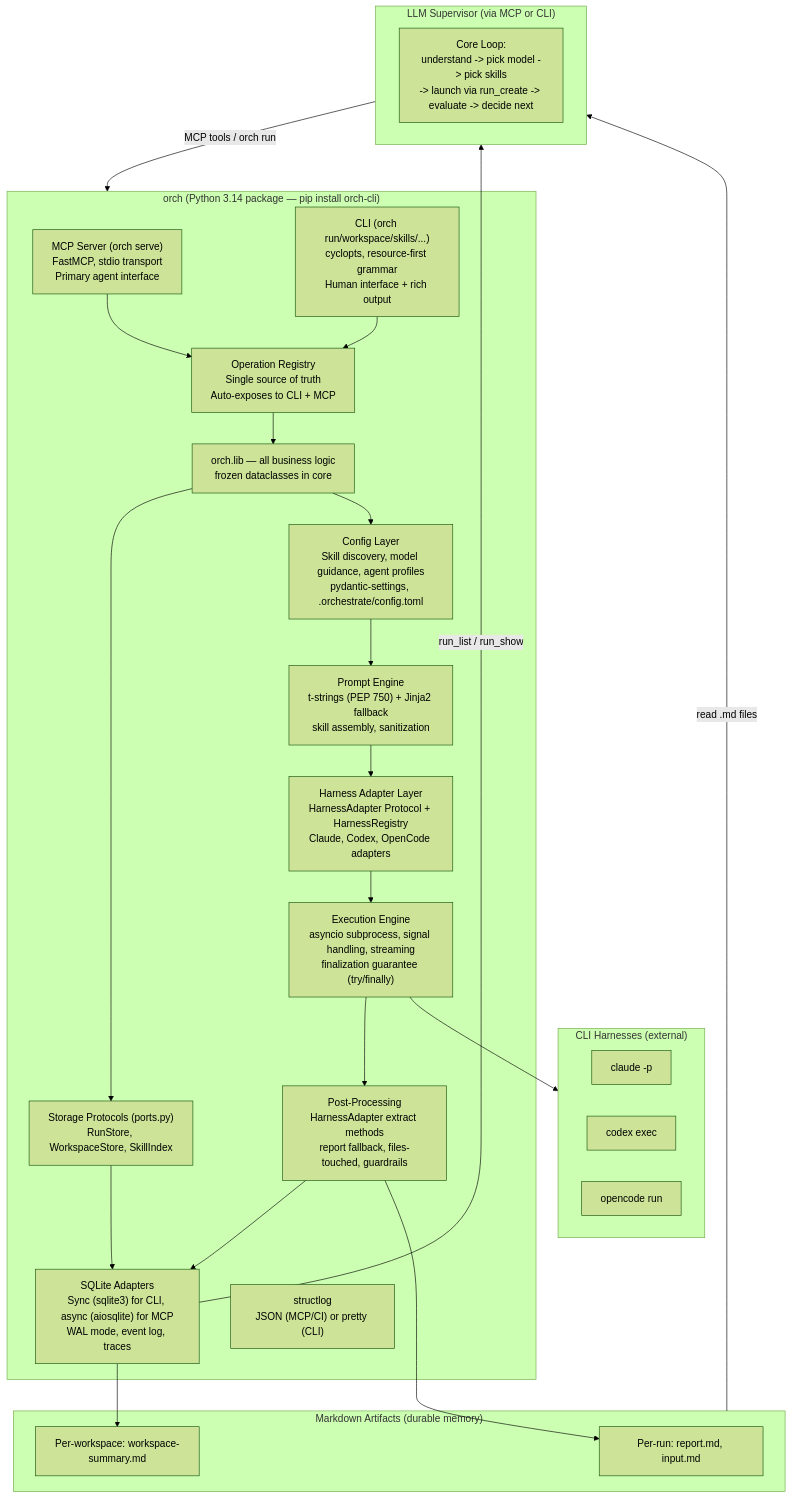
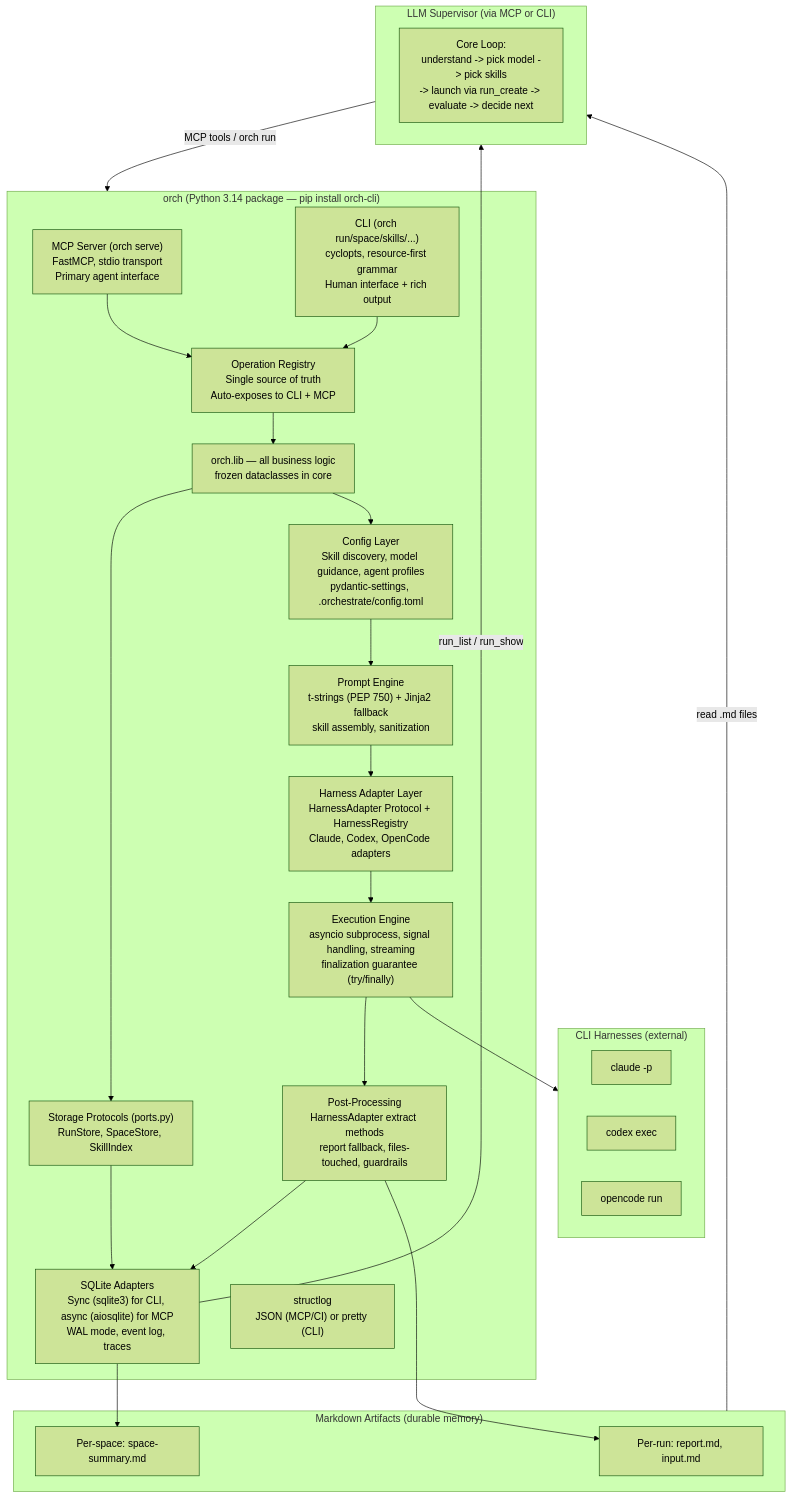
Before and after one commit to haowjy/meridian-flow: the first of 2 diagrams in _docs/plans/meridian-channel/_archive/design/orchestrate-cli-python.md, drawn with Mermaid (forest theme). The commit also changed other lines of this file and 58 other files, not shown here.

First line of the commit message:
refactor: rename workspace → space across meridian-channel codebase

````diff
--- a/_docs/plans/meridian-channel/_archive/design/orchestrate-cli-python.md
+++ b/_docs/plans/meridian-channel/_archive/design/orchestrate-cli-python.md
@@ -828,53 +828,53 @@
 ```mermaid
 graph TB
     subgraph Package["orch (Python 3.14 package — pip install orch-cli)"]
         MCP["MCP Server (orch serve)\nFastMCP, stdio transport\nPrimary agent interface"]
-        CLI["CLI (orch run/workspace/skills/...)\ncyclopts, resource-first grammar\nHuman interface + rich output"]
+        CLI["CLI (orch run/space/skills/...)\ncyclopts, resource-first grammar\nHuman interface + rich output"]
         Registry["Operation Registry\nSingle source of truth\nAuto-exposes to CLI + MCP"]
         Lib["orch.lib — all business logic\nfrozen dataclasses in core"]
-        Ports["Storage Protocols (ports.py)\nRunStore, WorkspaceStore, SkillIndex"]
+        Ports["Storage Protocols (ports.py)\nRunStore, SpaceStore, SkillIndex"]
         Config["Config Layer\nSkill discovery, model guidance, agent profiles\npydantic-settings, .orchestrate/config.toml"]
         Prompt["Prompt Engine\nt-strings (PEP 750) + Jinja2 fallback\nskill assembly, sanitization"]
         Harness["Harness Adapter Layer\nHarnessAdapter Protocol + HarnessRegistry\nClaude, Codex, OpenCode adapters"]
         Exec["Execution Engine\nasyncio subprocess, signal handling, streaming\nfinalization guarantee (try/finally)"]
         State["SQLite Adapters\nSync (sqlite3) for CLI, async (aiosqlite) for MCP\nWAL mode, event log, traces"]
         Post["Post-Processing\nHarnessAdapter extract methods\nreport fallback, files-touched, guardrails"]
         Log["structlog\nJSON (MCP/CI) or pretty (CLI)"]
     end
 
     MCP --> Registry
     CLI --> Registry
     Registry --> Lib
     Lib --> Ports
     Ports --> State
     Lib --> Config
     Config --> Prompt
     Prompt --> Harness
     Harness --> Exec
     Exec --> Post
     Post --> State
 
     subgraph Artifacts["Markdown Artifacts (durable memory)"]
         RunMD["Per-run: report.md, input.md"]
-        WorkspaceMD["Per-workspace: workspace-summary.md"]
+        SpaceMD["Per-space: space-summary.md"]
     end
 
     Post --> RunMD
-    State --> WorkspaceMD
+    State --> SpaceMD
 
     subgraph HarnessCLIs["CLI Harnesses (external)"]
         Claude["claude -p"]
         Codex["codex exec"]
         OpenCode["opencode run"]
     end
 
     Exec --> HarnessCLIs
 
     subgraph Supervisor["LLM Supervisor (via MCP or CLI)"]
         Loop["Core Loop:\nunderstand -> pick model -> pick skills\n-> launch via run_create -> evaluate -> decide next"]
     end
 
     Supervisor -->|"MCP tools / orch run"| Package
     State -->|"run_list / run_show"| Supervisor
     Artifacts -->|"read .md files"| Supervisor
 ```
````
